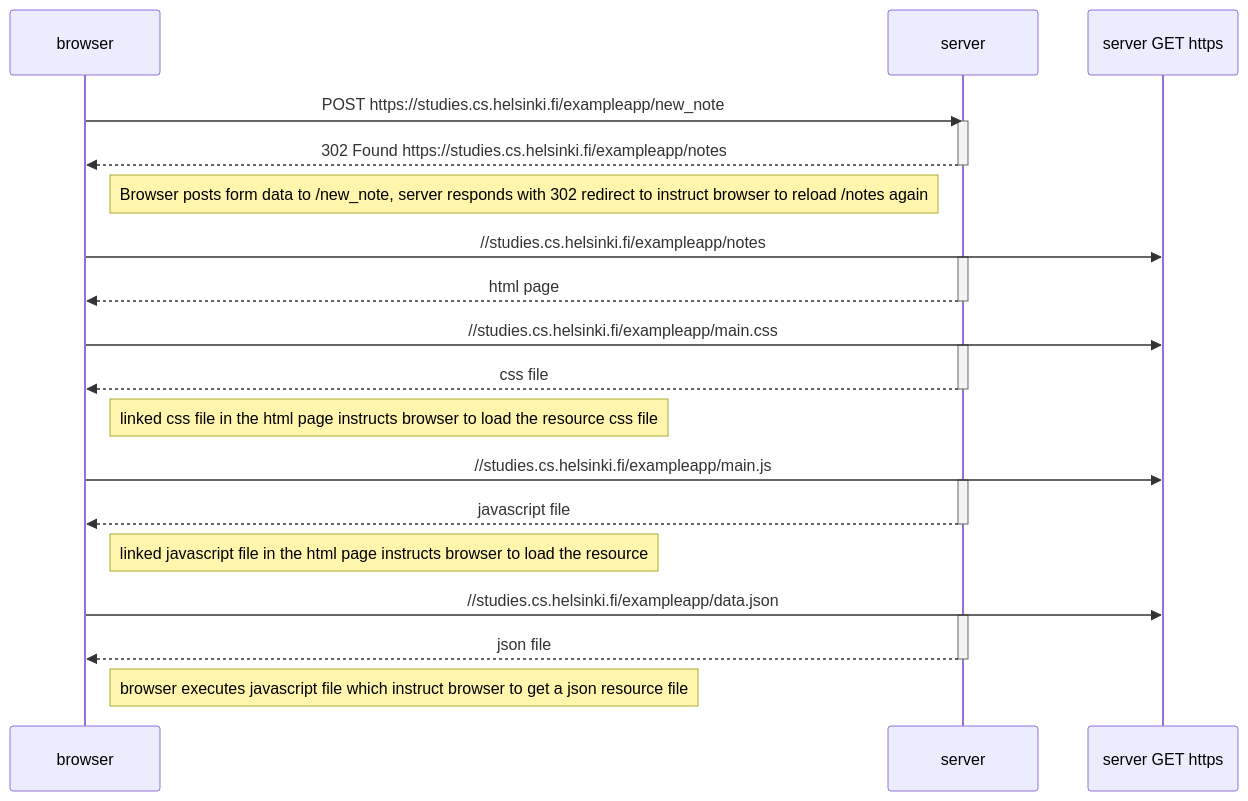
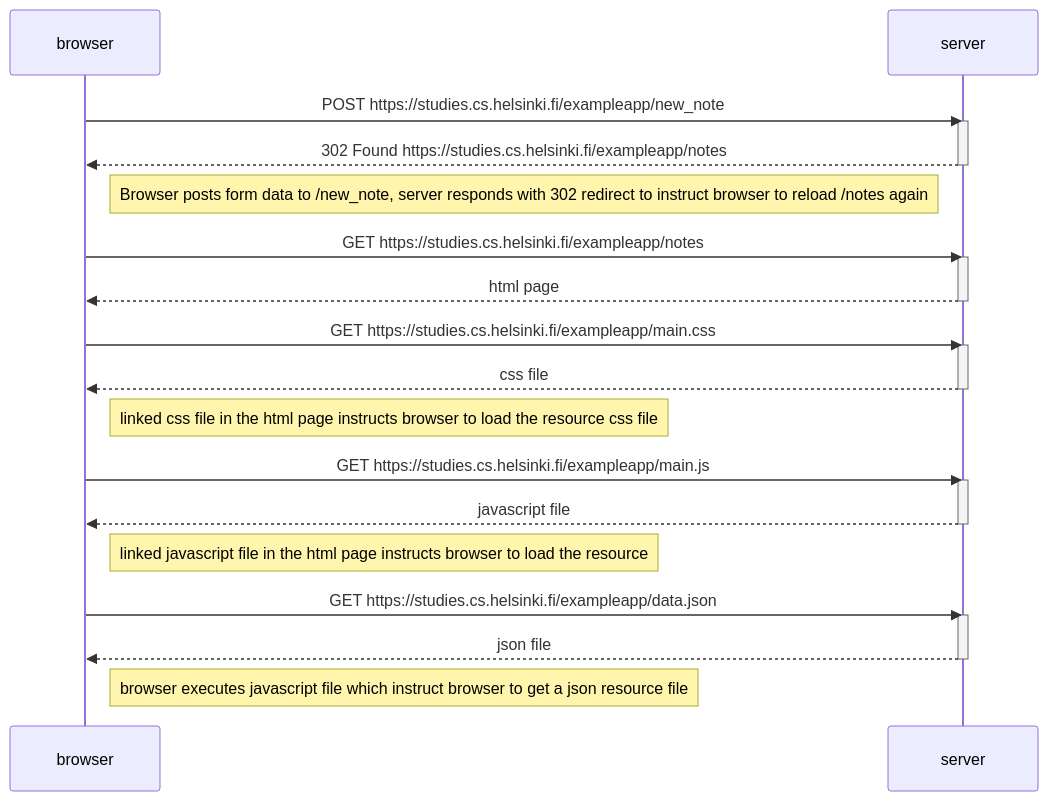
One commit to suunturi/fullstack_c changed the diagram in part0/diagram04.md. Above: the diagram before and after it, drawn with Mermaid.

Commit message:
fixed a bug with the diagram

````diff
--- a/part0/diagram04.md
+++ b/part0/diagram04.md
@@ -1,39 +1,39 @@
 ```mermaid
 
 sequenceDiagram
     participant browser
     participant server
 
     browser->>server: POST https://studies.cs.helsinki.fi/exampleapp/new_note
     activate server
     server-->>browser: 302 Found https://studies.cs.helsinki.fi/exampleapp/notes
     deactivate server
 
     Note right of browser: Browser posts form data to /new_note, server responds with 302 redirect to instruct browser to reload /notes again
 
-    browser->>server GET https://studies.cs.helsinki.fi/exampleapp/notes
+    browser->>server: GET https://studies.cs.helsinki.fi/exampleapp/notes
     activate server
     server-->>browser: html page
     deactivate server
 
-    browser->>server GET https://studies.cs.helsinki.fi/exampleapp/main.css
+    browser->>server: GET https://studies.cs.helsinki.fi/exampleapp/main.css
     activate server
     server-->>browser: css file
     deactivate server
 
     Note right of browser: linked css file in the html page instructs browser to load the resource css file
 
-    browser->>server GET https://studies.cs.helsinki.fi/exampleapp/main.js
+    browser->>server: GET https://studies.cs.helsinki.fi/exampleapp/main.js
     activate server
     server-->>browser: javascript file
     deactivate server
 
     Note right of browser: linked javascript file in the html page instructs browser to load the resource
 
-    browser->>server GET https://studies.cs.helsinki.fi/exampleapp/data.json
+    browser->>server: GET https://studies.cs.helsinki.fi/exampleapp/data.json
     activate server
     server-->>browser: json file
     deactivate server
 
     Note right of browser: browser executes javascript file which instruct browser to get a json resource file
 ```
````
